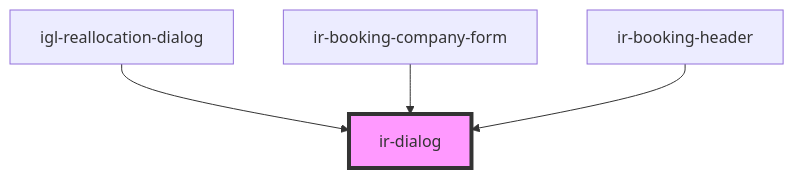
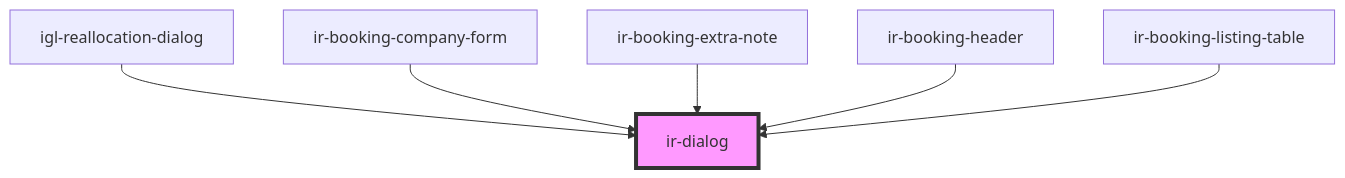
Before and after one commit to David1Chowaifaty/modified-ir-webcmp: the diagram in src/components/ui/ir-dialog/readme.md, drawn with Mermaid. The commit also changed other lines of this file and 77 other files, not shown here.

````diff
--- a/src/components/ui/ir-dialog/readme.md
+++ b/src/components/ui/ir-dialog/readme.md
@@ -60,7 +62,9 @@
 ```mermaid
 graph TD;
   igl-reallocation-dialog --> ir-dialog
   ir-booking-company-form --> ir-dialog
+  ir-booking-extra-note --> ir-dialog
   ir-booking-header --> ir-dialog
+  ir-booking-listing-table --> ir-dialog
   style ir-dialog fill:#f9f,stroke:#333,stroke-width:4px
 ```
````
